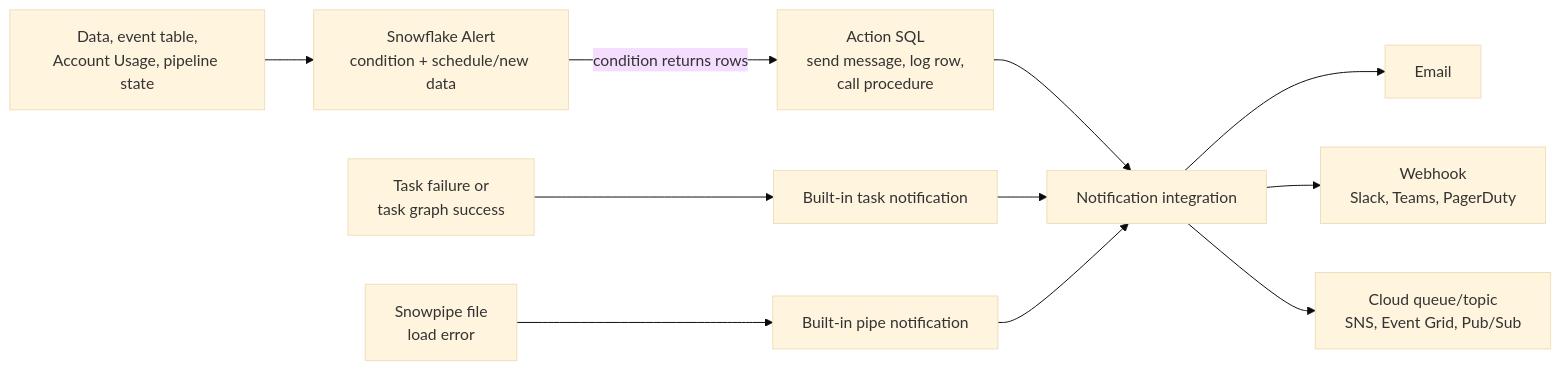
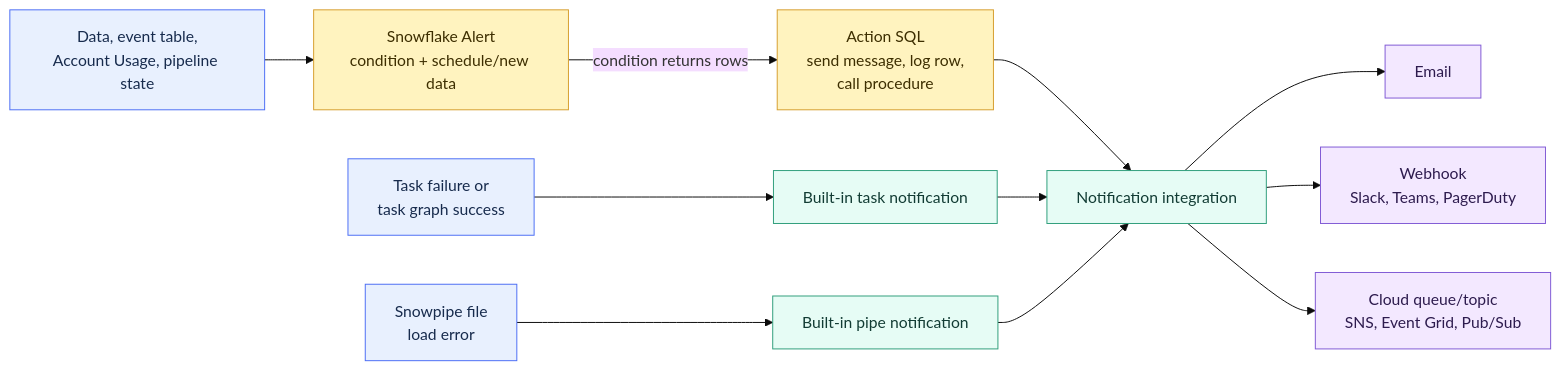
The diagram in 01 Snowflake/07 Ecosystem and Integration/50 Notification Integrations and Alerts.md (shonningsoy/Upskill), drawn with Mermaid (base theme) before and after one commit. The commit also changed other lines of this file and 4 other files, not shown here.

````diff
--- a/01 Snowflake/07 Ecosystem and Integration/50 Notification Integrations and Alerts.md
+++ b/01 Snowflake/07 Ecosystem and Integration/50 Notification Integrations and Alerts.md
@@ -83,13 +86,23 @@
 ```mermaid
 flowchart LR
     DATA["Data, event table,<br/>Account Usage, pipeline state"] --> ALERT["Snowflake Alert<br/>condition + schedule/new data"]
     ALERT -->|"condition returns rows"| ACTION["Action SQL<br/>send message, log row,<br/>call procedure"]
     TASK["Task failure or<br/>task graph success"] --> BUILTIN["Built-in task notification"]
     PIPE["Snowpipe file<br/>load error"] --> BUILTIN2["Built-in pipe notification"]
     ACTION --> INT["Notification integration"]
     BUILTIN --> INT
     BUILTIN2 --> INT
     INT --> EMAIL["Email"]
     INT --> WEBHOOK["Webhook<br/>Slack, Teams, PagerDuty"]
     INT --> QUEUE["Cloud queue/topic<br/>SNS, Event Grid, Pub/Sub"]
+
+    classDef input fill:#E8F0FE,stroke:#4C6EF5,color:#172B4D
+    classDef control fill:#FFF3BF,stroke:#D69E2E,color:#3D2E00
+    classDef snowflake fill:#E6FCF5,stroke:#2F9E7B,color:#123C34
+    classDef platform fill:#F1F3F5,stroke:#868E96,color:#212529
+    classDef output fill:#F3E8FF,stroke:#805AD5,color:#2D1B4E
+    class DATA,TASK,PIPE input
+    class ALERT,ACTION control
+    class BUILTIN,BUILTIN2,INT snowflake
+    class EMAIL,WEBHOOK,QUEUE output
 ```
````
